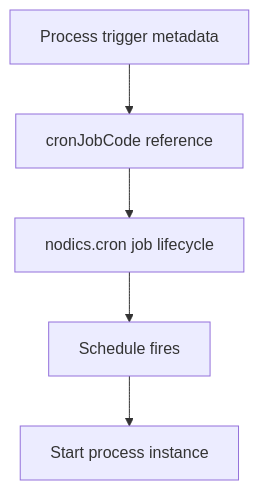
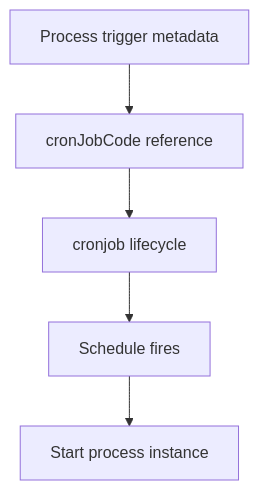
One commit to Nodics/nodics.ai changed the second of 2 diagrams in nodics.docs/docs/pages/nodics.process/process-overview.md. Above: the diagram before and after it, drawn with Mermaid. The commit also changed other lines of this file and 43 other files, not shown here.

````diff
--- a/nodics.docs/docs/pages/nodics.process/process-overview.md
+++ b/nodics.docs/docs/pages/nodics.process/process-overview.md
@@ -83,7 +81,7 @@
 ```mermaid
 flowchart TD
   Trigger["Process trigger metadata"] --> Reference["cronJobCode reference"]
-  Reference --> Cron["nodics.cron job lifecycle"]
+  Reference --> Cron["cronjob lifecycle"]
   Cron --> Fire["Schedule fires"]
   Fire --> Process["Start process instance"]
 ```
````
